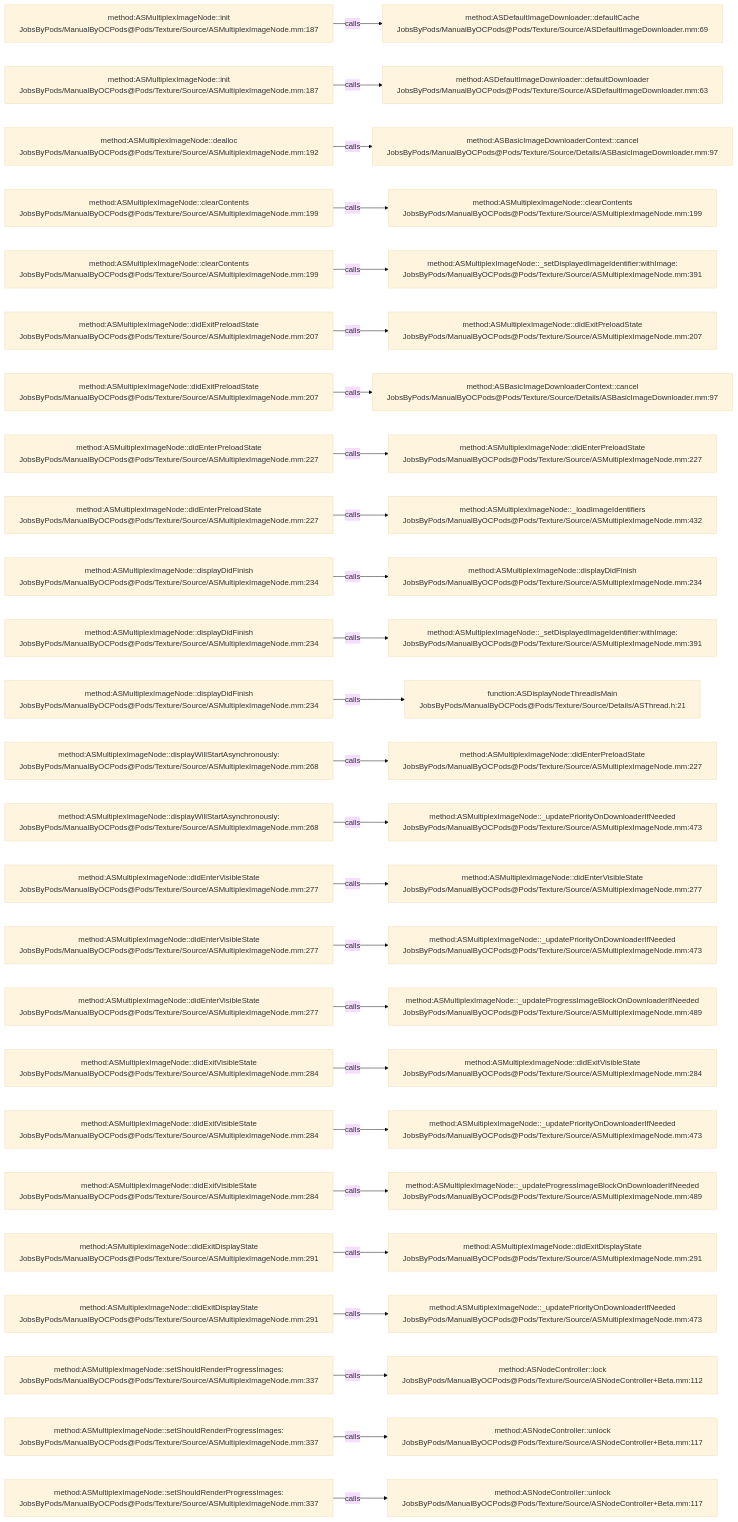
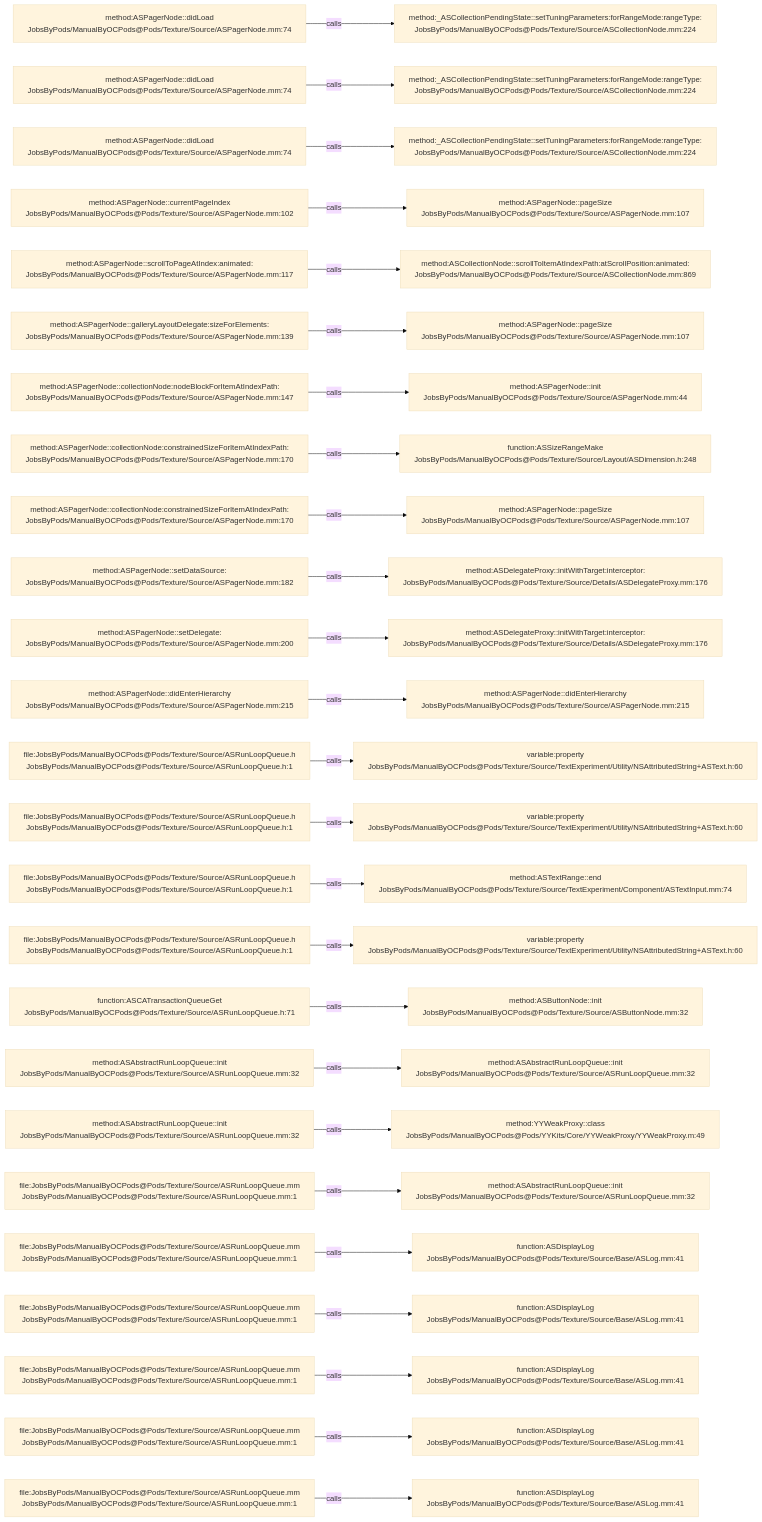
One commit to JobsKits/JobsOCBaseConfigDemo changed the diagram in .codegraph/codegraph.md/graphs/calls-122.md. Above: the diagram before and after it, drawn with Mermaid (base theme). The commit also changed 1223 other files, not shown here.

````diff
--- a/.codegraph/codegraph.md/graphs/calls-122.md
+++ b/.codegraph/codegraph.md/graphs/calls-122.md
@@ -13,78 +13,78 @@
 ```mermaid
 flowchart LR
-  S1["method:ASMultiplexImageNode::init<br/>JobsByPods/ManualByOCPods@Pods/Texture/Source/ASMultiplexImageNode.mm:187"]
-  T1["method:ASDefaultImageDownloader::defaultCache<br/>JobsByPods/ManualByOCPods@Pods/Texture/Source/ASDefaultImageDownloader.mm:69"]
+  S1["method:ASPagerNode::didLoad<br/>JobsByPods/ManualByOCPods@Pods/Texture/Source/ASPagerNode.mm:74"]
+  T1["method:_ASCollectionPendingState::setTuningParameters:forRangeMode:rangeType:<br/>JobsByPods/ManualByOCPods@Pods/Texture/Source/ASCollectionNode.mm:224"]
   S1 -->|calls| T1
-  S2["method:ASMultiplexImageNode::init<br/>JobsByPods/ManualByOCPods@Pods/Texture/Source/ASMultiplexImageNode.mm:187"]
-  T2["method:ASDefaultImageDownloader::defaultDownloader<br/>JobsByPods/ManualByOCPods@Pods/Texture/Source/ASDefaultImageDownloader.mm:63"]
+  S2["method:ASPagerNode::didLoad<br/>JobsByPods/ManualByOCPods@Pods/Texture/Source/ASPagerNode.mm:74"]
+  T2["method:_ASCollectionPendingState::setTuningParameters:forRangeMode:rangeType:<br/>JobsByPods/ManualByOCPods@Pods/Texture/Source/ASCollectionNode.mm:224"]
   S2 -->|calls| T2
-  S3["method:ASMultiplexImageNode::dealloc<br/>JobsByPods/ManualByOCPods@Pods/Texture/Source/ASMultiplexImageNode.mm:192"]
-  T3["method:ASBasicImageDownloaderContext::cancel<br/>JobsByPods/ManualByOCPods@Pods/Texture/Source/Details/ASBasicImageDownloader.mm:97"]
+  S3["method:ASPagerNode::didLoad<br/>JobsByPods/ManualByOCPods@Pods/Texture/Source/ASPagerNode.mm:74"]
+  T3["method:_ASCollectionPendingState::setTuningParameters:forRangeMode:rangeType:<br/>JobsByPods/ManualByOCPods@Pods/Texture/Source/ASCollectionNode.mm:224"]
   S3 -->|calls| T3
-  S4["method:ASMultiplexImageNode::clearContents<br/>JobsByPods/ManualByOCPods@Pods/Texture/Source/ASMultiplexImageNode.mm:199"]
-  T4["method:ASMultiplexImageNode::clearContents<br/>JobsByPods/ManualByOCPods@Pods/Texture/Source/ASMultiplexImageNode.mm:199"]
+  S4["method:ASPagerNode::currentPageIndex<br/>JobsByPods/ManualByOCPods@Pods/Texture/Source/ASPagerNode.mm:102"]
+  T4["method:ASPagerNode::pageSize<br/>JobsByPods/ManualByOCPods@Pods/Texture/Source/ASPagerNode.mm:107"]
   S4 -->|calls| T4
-  S5["method:ASMultiplexImageNode::clearContents<br/>JobsByPods/ManualByOCPods@Pods/Texture/Source/ASMultiplexImageNode.mm:199"]
-  T5["method:ASMultiplexImageNode::_setDisplayedImageIdentifier:withImage:<br/>JobsByPods/ManualByOCPods@Pods/Texture/Source/ASMultiplexImageNode.mm:391"]
+  S5["method:ASPagerNode::scrollToPageAtIndex:animated:<br/>JobsByPods/ManualByOCPods@Pods/Texture/Source/ASPagerNode.mm:117"]
+  T5["method:ASCollectionNode::scrollToItemAtIndexPath:atScrollPosition:animated:<br/>JobsByPods/ManualByOCPods@Pods/Texture/Source/ASCollectionNode.mm:869"]
   S5 -->|calls| T5
-  S6["method:ASMultiplexImageNode::didExitPreloadState<br/>JobsByPods/ManualByOCPods@Pods/Texture/Source/ASMultiplexImageNode.mm:207"]
-  T6["method:ASMultiplexImageNode::didExitPreloadState<br/>JobsByPods/ManualByOCPods@Pods/Texture/Source/ASMultiplexImageNode.mm:207"]
+  S6["method:ASPagerNode::galleryLayoutDelegate:sizeForElements:<br/>JobsByPods/ManualByOCPods@Pods/Texture/Source/ASPagerNode.mm:139"]
+  T6["method:ASPagerNode::pageSize<br/>JobsByPods/ManualByOCPods@Pods/Texture/Source/ASPagerNode.mm:107"]
   S6 -->|calls| T6
-  S7["method:ASMultiplexImageNode::didExitPreloadState<br/>JobsByPods/ManualByOCPods@Pods/Texture/Source/ASMultiplexImageNode.mm:207"]
-  T7["method:ASBasicImageDownloaderContext::cancel<br/>JobsByPods/ManualByOCPods@Pods/Texture/Source/Details/ASBasicImageDownloader.mm:97"]
+  S7["method:ASPagerNode::collectionNode:nodeBlockForItemAtIndexPath:<br/>JobsByPods/ManualByOCPods@Pods/Texture/Source/ASPagerNode.mm:147"]
+  T7["method:ASPagerNode::init<br/>JobsByPods/ManualByOCPods@Pods/Texture/Source/ASPagerNode.mm:44"]
   S7 -->|calls| T7
-  S8["method:ASMultiplexImageNode::didEnterPreloadState<br/>JobsByPods/ManualByOCPods@Pods/Texture/Source/ASMultiplexImageNode.mm:227"]
-  T8["method:ASMultiplexImageNode::didEnterPreloadState<br/>JobsByPods/ManualByOCPods@Pods/Texture/Source/ASMultiplexImageNode.mm:227"]
+  S8["method:ASPagerNode::collectionNode:constrainedSizeForItemAtIndexPath:<br/>JobsByPods/ManualByOCPods@Pods/Texture/Source/ASPagerNode.mm:170"]
+  T8["function:ASSizeRangeMake<br/>JobsByPods/ManualByOCPods@Pods/Texture/Source/Layout/ASDimension.h:248"]
   S8 -->|calls| T8
-  S9["method:ASMultiplexImageNode::didEnterPreloadState<br/>JobsByPods/ManualByOCPods@Pods/Texture/Source/ASMultiplexImageNode.mm:227"]
-  T9["method:ASMultiplexImageNode::_loadImageIdentifiers<br/>JobsByPods/ManualByOCPods@Pods/Texture/Source/ASMultiplexImageNode.mm:432"]
+  S9["method:ASPagerNode::collectionNode:constrainedSizeForItemAtIndexPath:<br/>JobsByPods/ManualByOCPods@Pods/Texture/Source/ASPagerNode.mm:170"]
+  T9["method:ASPagerNode::pageSize<br/>JobsByPods/ManualByOCPods@Pods/Texture/Source/ASPagerNode.mm:107"]
   S9 -->|calls| T9
-  S10["method:ASMultiplexImageNode::displayDidFinish<br/>JobsByPods/ManualByOCPods@Pods/Texture/Source/ASMultiplexImageNode.mm:234"]
-  T10["method:ASMultiplexImageNode::displayDidFinish<br/>JobsByPods/ManualByOCPods@Pods/Texture/Source/ASMultiplexImageNode.mm:234"]
+  S10["method:ASPagerNode::setDataSource:<br/>JobsByPods/ManualByOCPods@Pods/Texture/Source/ASPagerNode.mm:182"]
+  T10["method:ASDelegateProxy::initWithTarget:interceptor:<br/>JobsByPods/ManualByOCPods@Pods/Texture/Source/Details/ASDelegateProxy.mm:176"]
   S10 -->|calls| T10
-  S11["method:ASMultiplexImageNode::displayDidFinish<br/>JobsByPods/ManualByOCPods@Pods/Texture/Source/ASMultiplexImageNode.mm:234"]
-  T11["method:ASMultiplexImageNode::_setDisplayedImageIdentifier:withImage:<br/>JobsByPods/ManualByOCPods@Pods/Texture/Source/ASMultiplexImageNode.mm:391"]
+  S11["method:ASPagerNode::setDelegate:<br/>JobsByPods/ManualByOCPods@Pods/Texture/Source/ASPagerNode.mm:200"]
+  T11["method:ASDelegateProxy::initWithTarget:interceptor:<br/>JobsByPods/ManualByOCPods@Pods/Texture/Source/Details/ASDelegateProxy.mm:176"]
   S11 -->|calls| T11
-  S12["method:ASMultiplexImageNode::displayDidFinish<br/>JobsByPods/ManualByOCPods@Pods/Texture/Source/ASMultiplexImageNode.mm:234"]
-  T12["function:ASDisplayNodeThreadIsMain<br/>JobsByPods/ManualByOCPods@Pods/Texture/Source/Details/ASThread.h:21"]
+  S12["method:ASPagerNode::didEnterHierarchy<br/>JobsByPods/ManualByOCPods@Pods/Texture/Source/ASPagerNode.mm:215"]
+  T12["method:ASPagerNode::didEnterHierarchy<br/>JobsByPods/ManualByOCPods@Pods/Texture/Source/ASPagerNode.mm:215"]
   S12 -->|calls| T12
-  S13["method:ASMultiplexImageNode::displayWillStartAsynchronously:<br/>JobsByPods/ManualByOCPods@Pods/Texture/Source/ASMultiplexImageNode.mm:268"]
-  T13["method:ASMultiplexImageNode::didEnterPreloadState<br/>JobsByPods/ManualByOCPods@Pods/Texture/Source/ASMultiplexImageNode.mm:227"]
+  S13["file:JobsByPods/ManualByOCPods@Pods/Texture/Source/ASRunLoopQueue.h<br/>JobsByPods/ManualByOCPods@Pods/Texture/Source/ASRunLoopQueue.h:1"]
+  T13["variable:property<br/>JobsByPods/ManualByOCPods@Pods/Texture/Source/TextExperiment/Utility/NSAttributedString+ASText.h:60"]
   S13 -->|calls| T13
-  S14["method:ASMultiplexImageNode::displayWillStartAsynchronously:<br/>JobsByPods/ManualByOCPods@Pods/Texture/Source/ASMultiplexImageNode.mm:268"]
-  T14["method:ASMultiplexImageNode::_updatePriorityOnDownloaderIfNeeded<br/>JobsByPods/ManualByOCPods@Pods/Texture/Source/ASMultiplexImageNode.mm:473"]
+  S14["file:JobsByPods/ManualByOCPods@Pods/Texture/Source/ASRunLoopQueue.h<br/>JobsByPods/ManualByOCPods@Pods/Texture/Source/ASRunLoopQueue.h:1"]
+  T14["variable:property<br/>JobsByPods/ManualByOCPods@Pods/Texture/Source/TextExperiment/Utility/NSAttributedString+ASText.h:60"]
   S14 -->|calls| T14
-  S15["method:ASMultiplexImageNode::didEnterVisibleState<br/>JobsByPods/ManualByOCPods@Pods/Texture/Source/ASMultiplexImageNode.mm:277"]
-  T15["method:ASMultiplexImageNode::didEnterVisibleState<br/>JobsByPods/ManualByOCPods@Pods/Texture/Source/ASMultiplexImageNode.mm:277"]
+  S15["file:JobsByPods/ManualByOCPods@Pods/Texture/Source/ASRunLoopQueue.h<br/>JobsByPods/ManualByOCPods@Pods/Texture/Source/ASRunLoopQueue.h:1"]
+  T15["method:ASTextRange::end<br/>JobsByPods/ManualByOCPods@Pods/Texture/Source/TextExperiment/Component/ASTextInput.mm:74"]
   S15 -->|calls| T15
-  S16["method:ASMultiplexImageNode::didEnterVisibleState<br/>JobsByPods/ManualByOCPods@Pods/Texture/Source/ASMultiplexImageNode.mm:277"]
-  T16["method:ASMultiplexImageNode::_updatePriorityOnDownloaderIfNeeded<br/>JobsByPods/ManualByOCPods@Pods/Texture/Source/ASMultiplexImageNode.mm:473"]
+  S16["file:JobsByPods/ManualByOCPods@Pods/Texture/Source/ASRunLoopQueue.h<br/>JobsByPods/ManualByOCPods@Pods/Texture/Source/ASRunLoopQueue.h:1"]
+  T16["variable:property<br/>JobsByPods/ManualByOCPods@Pods/Texture/Source/TextExperiment/Utility/NSAttributedString+ASText.h:60"]
   S16 -->|calls| T16
-  S17["method:ASMultiplexImageNode::didEnterVisibleState<br/>JobsByPods/ManualByOCPods@Pods/Texture/Source/ASMultiplexImageNode.mm:277"]
-  T17["method:ASMultiplexImageNode::_updateProgressImageBlockOnDownloaderIfNeeded<br/>JobsByPods/ManualByOCPods@Pods/Texture/Source/ASMultiplexImageNode.mm:489"]
+  S17["function:ASCATransactionQueueGet<br/>JobsByPods/ManualByOCPods@Pods/Texture/Source/ASRunLoopQueue.h:71"]
+  T17["method:ASButtonNode::init<br/>JobsByPods/ManualByOCPods@Pods/Texture/Source/ASButtonNode.mm:32"]
   S17 -->|calls| T17
-  S18["method:ASMultiplexImageNode::didExitVisibleState<br/>JobsByPods/ManualByOCPods@Pods/Texture/Source/ASMultiplexImageNode.mm:284"]
-  T18["method:ASMultiplexImageNode::didExitVisibleState<br/>JobsByPods/ManualByOCPods@Pods/Texture/Source/ASMultiplexImageNode.mm:284"]
+  S18["method:ASAbstractRunLoopQueue::init<br/>JobsByPods/ManualByOCPods@Pods/Texture/Source/ASRunLoopQueue.mm:32"]
+  T18["method:ASAbstractRunLoopQueue::init<br/>JobsByPods/ManualByOCPods@Pods/Texture/Source/ASRunLoopQueue.mm:32"]
   S18 -->|calls| T18
-  S19["method:ASMultiplexImageNode::didExitVisibleState<br/>JobsByPods/ManualByOCPods@Pods/Texture/Source/ASMultiplexImageNode.mm:284"]
-  T19["method:ASMultiplexImageNode::_updatePriorityOnDownloaderIfNeeded<br/>JobsByPods/ManualByOCPods@Pods/Texture/Source/ASMultiplexImageNode.mm:473"]
+  S19["method:ASAbstractRunLoopQueue::init<br/>JobsByPods/ManualByOCPods@Pods/Texture/Source/ASRunLoopQueue.mm:32"]
+  T19["method:YYWeakProxy::class<br/>JobsByPods/ManualByOCPods@Pods/YYKits/Core/YYWeakProxy/YYWeakProxy.m:49"]
   S19 -->|calls| T19
-  S20["method:ASMultiplexImageNode::didExitVisibleState<br/>JobsByPods/ManualByOCPods@Pods/Texture/Source/ASMultiplexImageNode.mm:284"]
-  T20["method:ASMultiplexImageNode::_updateProgressImageBlockOnDownloaderIfNeeded<br/>JobsByPods/ManualByOCPods@Pods/Texture/Source/ASMultiplexImageNode.mm:489"]
+  S20["file:JobsByPods/ManualByOCPods@Pods/Texture/Source/ASRunLoopQueue.mm<br/>JobsByPods/ManualByOCPods@Pods/Texture/Source/ASRunLoopQueue.mm:1"]
+  T20["method:ASAbstractRunLoopQueue::init<br/>JobsByPods/ManualByOCPods@Pods/Texture/Source/ASRunLoopQueue.mm:32"]
   S20 -->|calls| T20
-  S21["method:ASMultiplexImageNode::didExitDisplayState<br/>JobsByPods/ManualByOCPods@Pods/Texture/Source/ASMultiplexImageNode.mm:291"]
-  T21["method:ASMultiplexImageNode::didExitDisplayState<br/>JobsByPods/ManualByOCPods@Pods/Texture/Source/ASMultiplexImageNode.mm:291"]
+  S21["file:JobsByPods/ManualByOCPods@Pods/Texture/Source/ASRunLoopQueue.mm<br/>JobsByPods/ManualByOCPods@Pods/Texture/Source/ASRunLoopQueue.mm:1"]
+  T21["function:ASDisplayLog<br/>JobsByPods/ManualByOCPods@Pods/Texture/Source/Base/ASLog.mm:41"]
   S21 -->|calls| T21
-  S22["method:ASMultiplexImageNode::didExitDisplayState<br/>JobsByPods/ManualByOCPods@Pods/Texture/Source/ASMultiplexImageNode.mm:291"]
-  T22["method:ASMultiplexImageNode::_updatePriorityOnDownloaderIfNeeded<br/>JobsByPods/ManualByOCPods@Pods/Texture/Source/ASMultiplexImageNode.mm:473"]
+  S22["file:JobsByPods/ManualByOCPods@Pods/Texture/Source/ASRunLoopQueue.mm<br/>JobsByPods/ManualByOCPods@Pods/Texture/Source/ASRunLoopQueue.mm:1"]
+  T22["function:ASDisplayLog<br/>JobsByPods/ManualByOCPods@Pods/Texture/Source/Base/ASLog.mm:41"]
   S22 -->|calls| T22
-  S23["method:ASMultiplexImageNode::setShouldRenderProgressImages:<br/>JobsByPods/ManualByOCPods@Pods/Texture/Source/ASMultiplexImageNode.mm:337"]
-  T23["method:ASNodeController::lock<br/>JobsByPods/ManualByOCPods@Pods/Texture/Source/ASNodeController+Beta.mm:112"]
+  S23["file:JobsByPods/ManualByOCPods@Pods/Texture/Source/ASRunLoopQueue.mm<br/>JobsByPods/ManualByOCPods@Pods/Texture/Source/ASRunLoopQueue.mm:1"]
+  T23["function:ASDisplayLog<br/>JobsByPods/ManualByOCPods@Pods/Texture/Source/Base/ASLog.mm:41"]
   S23 -->|calls| T23
-  S24["method:ASMultiplexImageNode::setShouldRenderProgressImages:<br/>JobsByPods/ManualByOCPods@Pods/Texture/Source/ASMultiplexImageNode.mm:337"]
-  T24["method:ASNodeController::unlock<br/>JobsByPods/ManualByOCPods@Pods/Texture/Source/ASNodeController+Beta.mm:117"]
+  S24["file:JobsByPods/ManualByOCPods@Pods/Texture/Source/ASRunLoopQueue.mm<br/>JobsByPods/ManualByOCPods@Pods/Texture/Source/ASRunLoopQueue.mm:1"]
+  T24["function:ASDisplayLog<br/>JobsByPods/ManualByOCPods@Pods/Texture/Source/Base/ASLog.mm:41"]
   S24 -->|calls| T24
-  S25["method:ASMultiplexImageNode::setShouldRenderProgressImages:<br/>JobsByPods/ManualByOCPods@Pods/Texture/Source/ASMultiplexImageNode.mm:337"]
-  T25["method:ASNodeController::unlock<br/>JobsByPods/ManualByOCPods@Pods/Texture/Source/ASNodeController+Beta.mm:117"]
+  S25["file:JobsByPods/ManualByOCPods@Pods/Texture/Source/ASRunLoopQueue.mm<br/>JobsByPods/ManualByOCPods@Pods/Texture/Source/ASRunLoopQueue.mm:1"]
+  T25["function:ASDisplayLog<br/>JobsByPods/ManualByOCPods@Pods/Texture/Source/Base/ASLog.mm:41"]
   S25 -->|calls| T25
 ```
````
